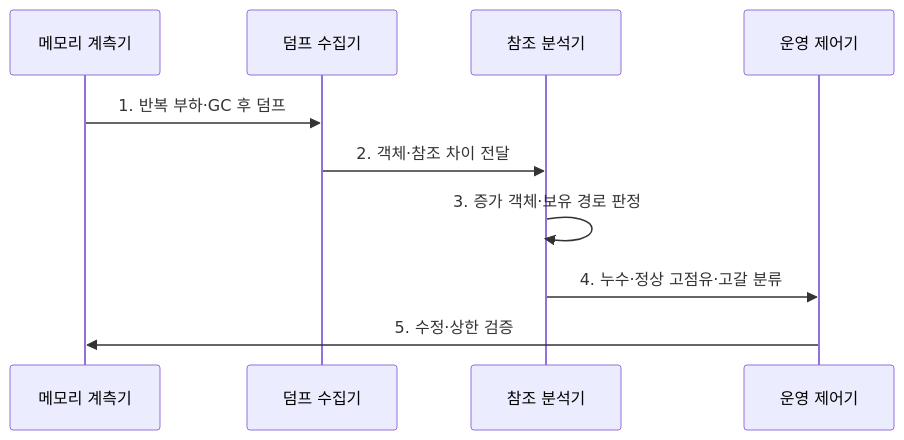
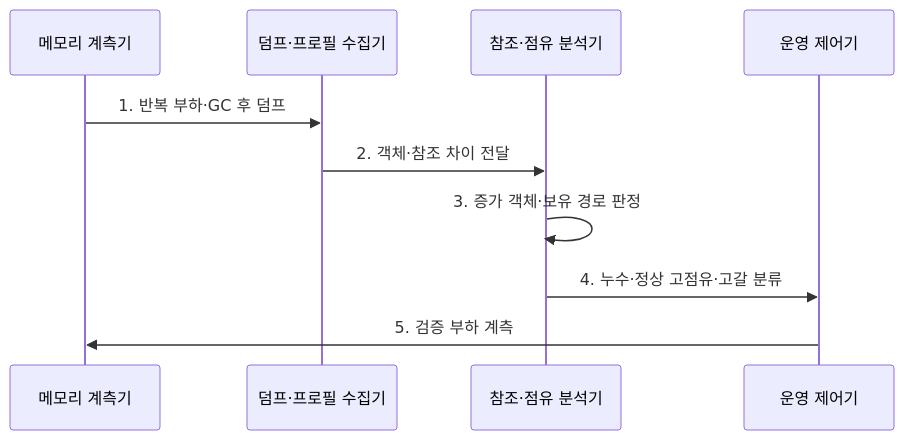
The second of 2 diagrams in src/content/docs/notes/03-software/211_memory_leak_heap_overflow.md (agnusdei1207/knowledge-base), drawn with Mermaid before and after one commit. The commit also changed other lines of this file and 20 other files, not shown here.

````diff
--- a/src/content/docs/notes/03-software/211_memory_leak_heap_overflow.md
+++ b/src/content/docs/notes/03-software/211_memory_leak_heap_overflow.md
@@ -81,12 +81,12 @@
 ```mermaid
 sequenceDiagram
     participant M as 메모리 계측기
-    participant C as 덤프 수집기
-    participant A as 참조 분석기
+    participant C as 덤프·프로필 수집기
+    participant A as 참조·점유 분석기
     participant O as 운영 제어기
     M->>C: 1. 반복 부하·GC 후 덤프
     C->>A: 2. 객체·참조 차이 전달
     A->>A: 3. 증가 객체·보유 경로 판정
     A->>O: 4. 누수·정상 고점유·고갈 분류
-    O->>M: 5. 수정·상한 검증
+    O->>M: 5. 검증 부하 계측
 ```
````
